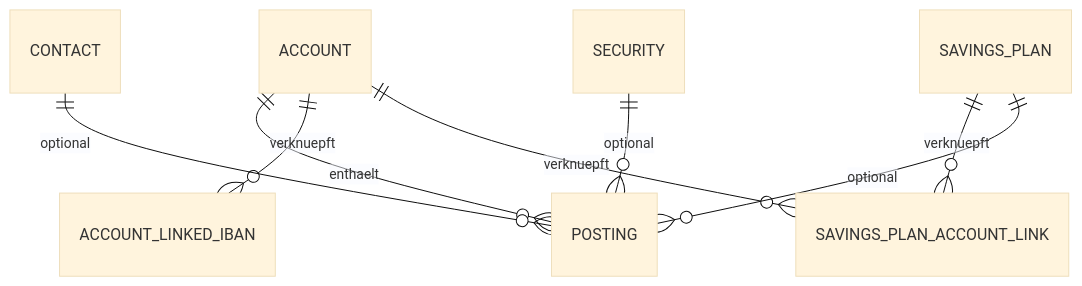
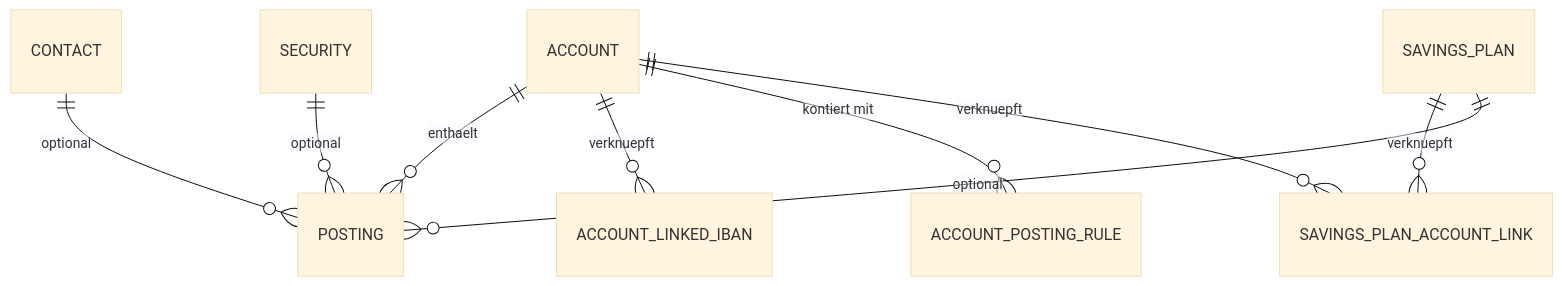
One commit to martin-stromberg/FinanceManager changed the diagram in Docs/help/konten-und-buchungen/datenmodell.md. Above: the diagram before and after it, drawn with Mermaid (base theme). The commit also changed other lines of this file and 101 other files, not shown here.

````diff
--- a/Docs/help/konten-und-buchungen/datenmodell.md
+++ b/Docs/help/konten-und-buchungen/datenmodell.md
@@ -55,10 +70,11 @@
 ```mermaid
 erDiagram
     ACCOUNT ||--o{ POSTING : "enthaelt"
     ACCOUNT ||--o{ ACCOUNT_LINKED_IBAN : "verknuepft"
+    ACCOUNT ||--o{ ACCOUNT_POSTING_RULE : "kontiert mit"
     ACCOUNT ||--o{ SAVINGS_PLAN_ACCOUNT_LINK : "verknuepft"
     SAVINGS_PLAN ||--o{ SAVINGS_PLAN_ACCOUNT_LINK : "verknuepft"
     CONTACT ||--o{ POSTING : "optional"
     SAVINGS_PLAN ||--o{ POSTING : "optional"
     SECURITY ||--o{ POSTING : "optional"
 ```
````
